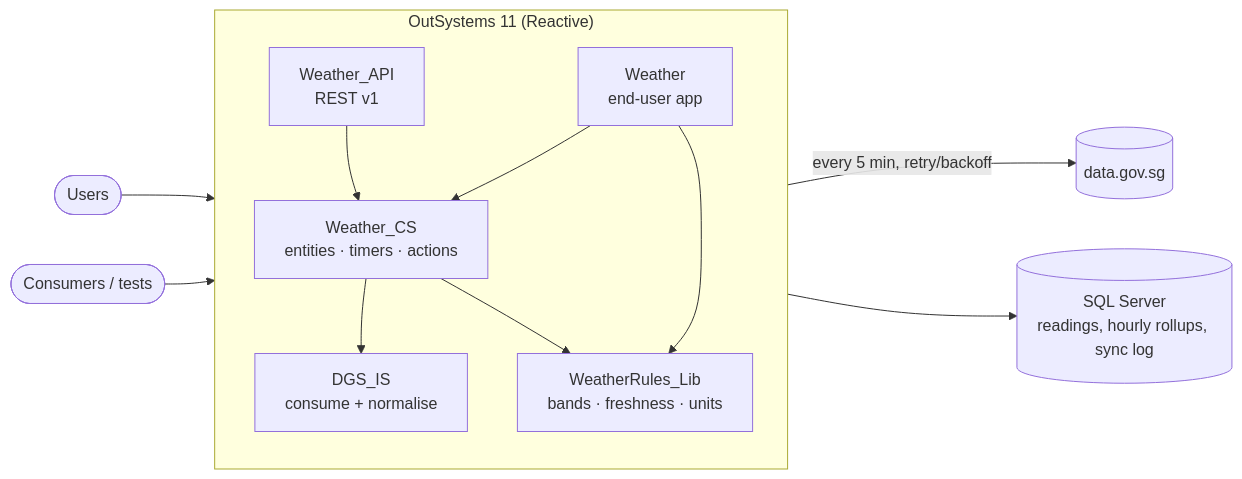
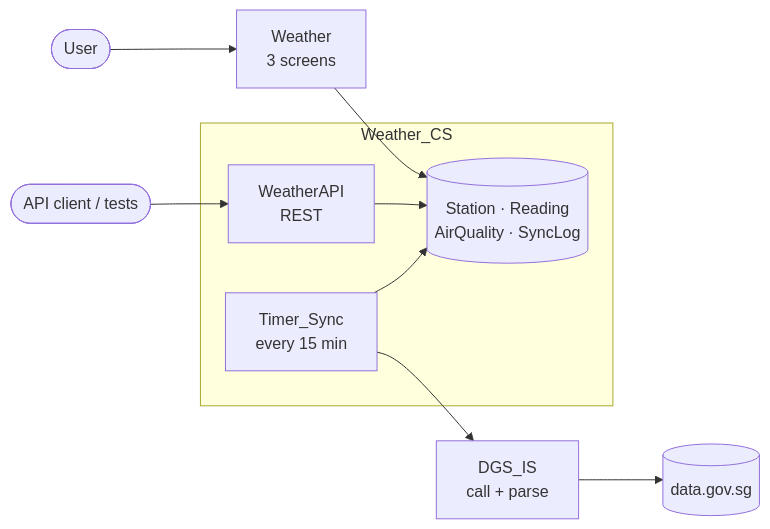
The diagram in README.md (PradheepAls/sg-weather-insights), drawn with Mermaid before and after one commit. The commit also changed other lines of this file and 123 other files, not shown here.

````diff
--- a/README.md
+++ b/README.md
@@ -35,14 +17,15 @@
 ```mermaid
 flowchart LR
-  subgraph OutSystems["OutSystems 11 (Reactive)"]
-    direction TB
-    W[Weather<br/>end-user app] --> CS[Weather_CS<br/>entities · timers · actions]
-    API[Weather_API<br/>REST v1] --> CS
-    CS --> IS[DGS_IS<br/>consume + normalise]
-    W & CS --> LIB[WeatherRules_Lib<br/>bands · freshness · units]
+  user([User]) --> W[Weather<br/>3 screens]
+  ext([API client / tests]) --> API[WeatherAPI<br/>REST]
+  subgraph CS[Weather_CS]
+    API
+    T[Timer_Sync<br/>every 15 min]
+    E[(Station · Reading<br/>AirQuality · SyncLog)]
   end
-  IS -->|every 5 min, retry/backoff| DGS[(data.gov.sg)]
-  CS --> DB[(SQL Server<br/>readings, hourly rollups, sync log)]
-  Users([Users]) --> W
-  Ext([Consumers / tests]) --> API
+  W --> E
+  API --> E
+  T --> IS[DGS_IS<br/>call + parse]
+  IS --> D[(data.gov.sg)]
+  T --> E
 ```
````
